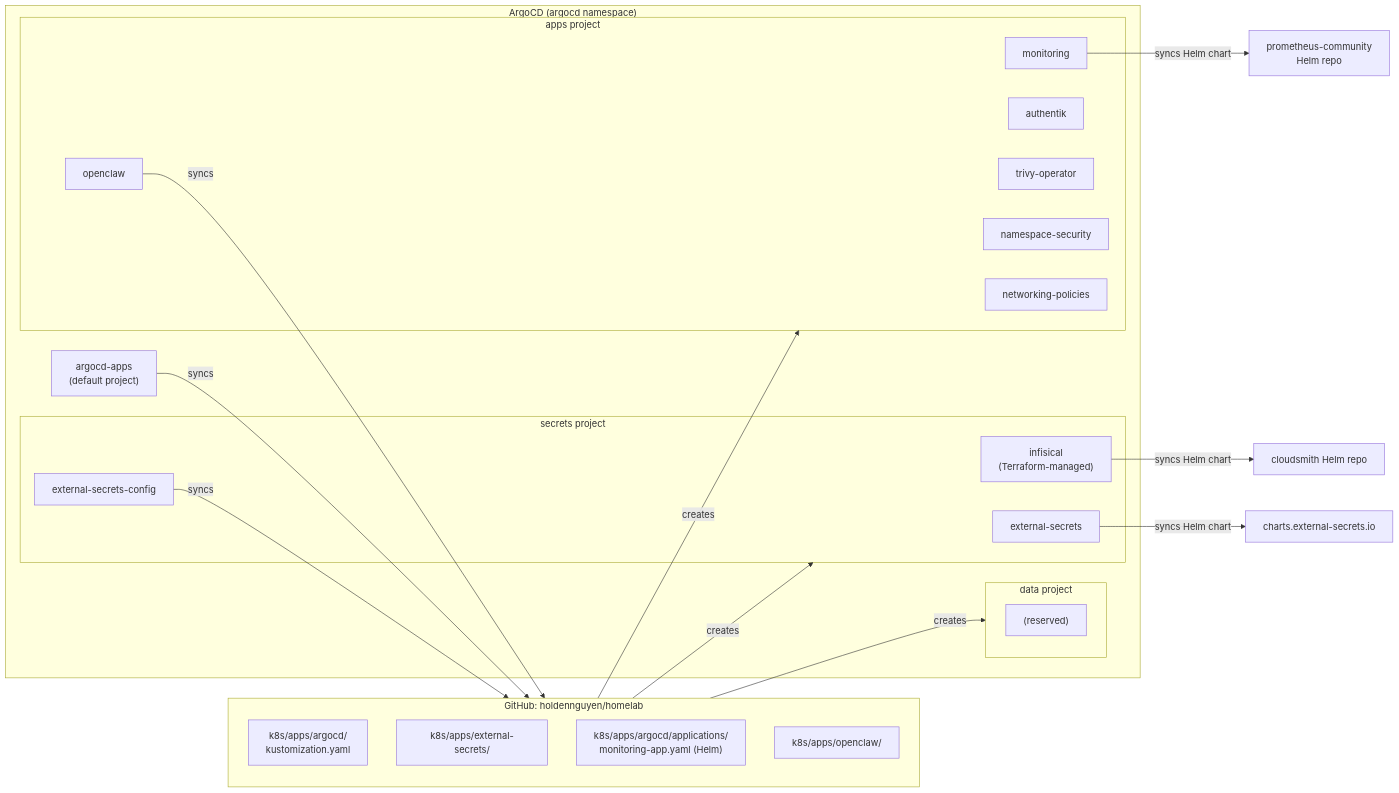
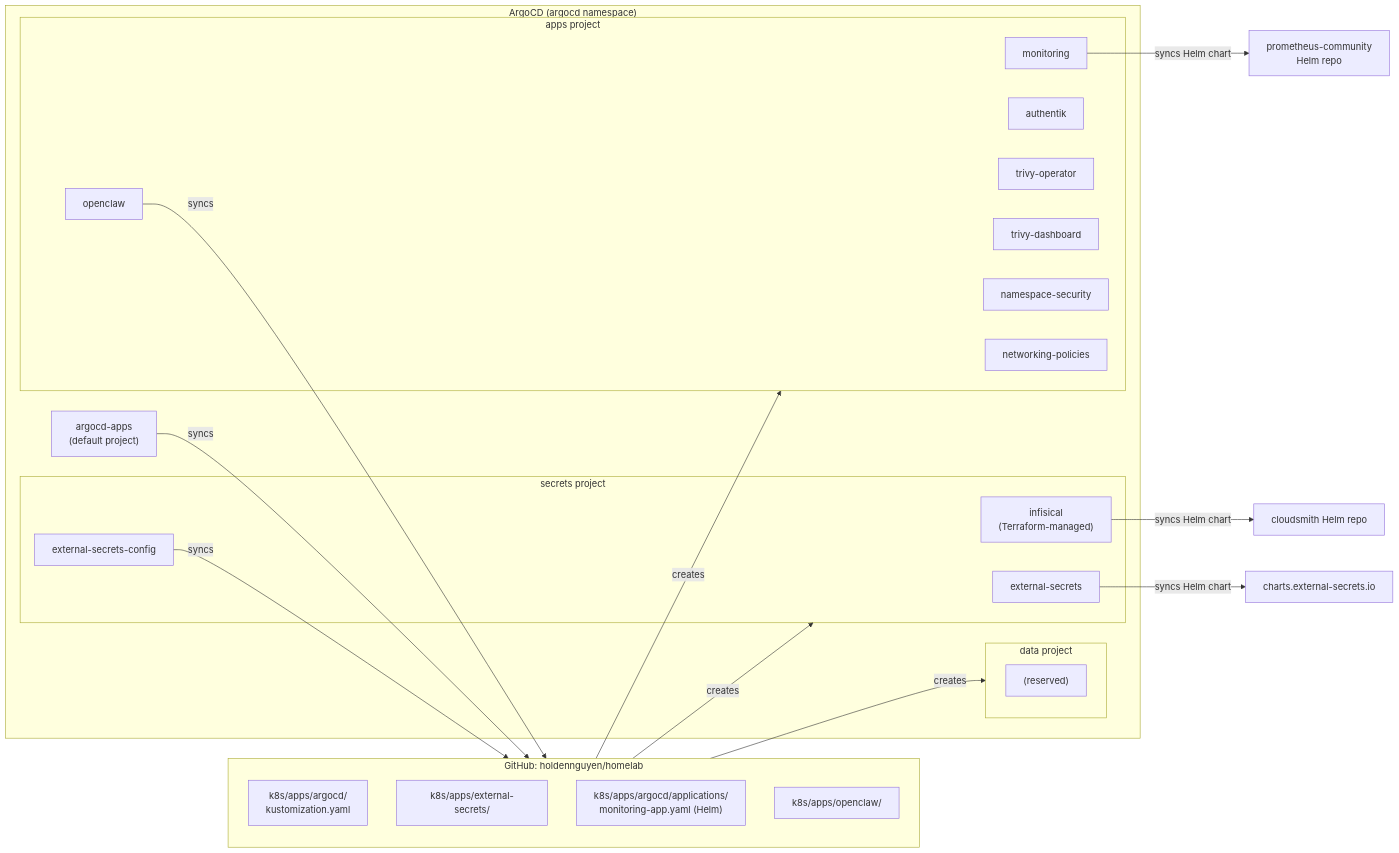
One commit to haingth77/homelab changed the second of 4 diagrams in docs/architecture.md. Above: the diagram before and after it, drawn with Mermaid. The commit also changed other lines of this file and 10 other files, not shown here.

````diff
--- a/docs/architecture.md
+++ b/docs/architecture.md
@@ -71,44 +71,45 @@
 ```mermaid
 flowchart LR
     subgraph git["GitHub: holdennguyen/homelab"]
         direction TB
         RootDir["k8s/apps/argocd/\nkustomization.yaml"]
         ESDir["k8s/apps/external-secrets/"]
         MonDir["k8s/apps/argocd/applications/\nmonitoring-app.yaml (Helm)"]
         OCDir["k8s/apps/openclaw/"]
     end
 
     subgraph argocd["ArgoCD (argocd namespace)"]
         RootApp["argocd-apps\n(default project)"]
 
         subgraph secretsProj["secrets project"]
             InfisicalApp["infisical\n(Terraform-managed)"]
             ESOApp["external-secrets"]
             ESCApp["external-secrets-config"]
         end
 
         subgraph dataProj["data project"]
             DataPlaceholder["(reserved)"]
         end
 
         subgraph appsProj["apps project"]
             MonApp["monitoring"]
             AuthApp["authentik"]
             OCApp["openclaw"]
             TrivyApp["trivy-operator"]
+            TrivyDashApp["trivy-dashboard"]
             NSApp["namespace-security"]
             NPApp["networking-policies"]
         end
     end
 
     RootApp -- "syncs" --> RootDir
     RootDir -- "creates" --> secretsProj
     RootDir -- "creates" --> dataProj
     RootDir -- "creates" --> appsProj
 
     ESOApp -- "syncs Helm chart" --> ESOChart["charts.external-secrets.io"]
     ESCApp -- "syncs" --> ESDir
     MonApp -- "syncs Helm chart" --> MonChart["prometheus-community\nHelm repo"]
     OCApp -- "syncs" --> OCDir
     InfisicalApp -- "syncs Helm chart" --> InfisicalChart["cloudsmith Helm repo"]
 ```
````
